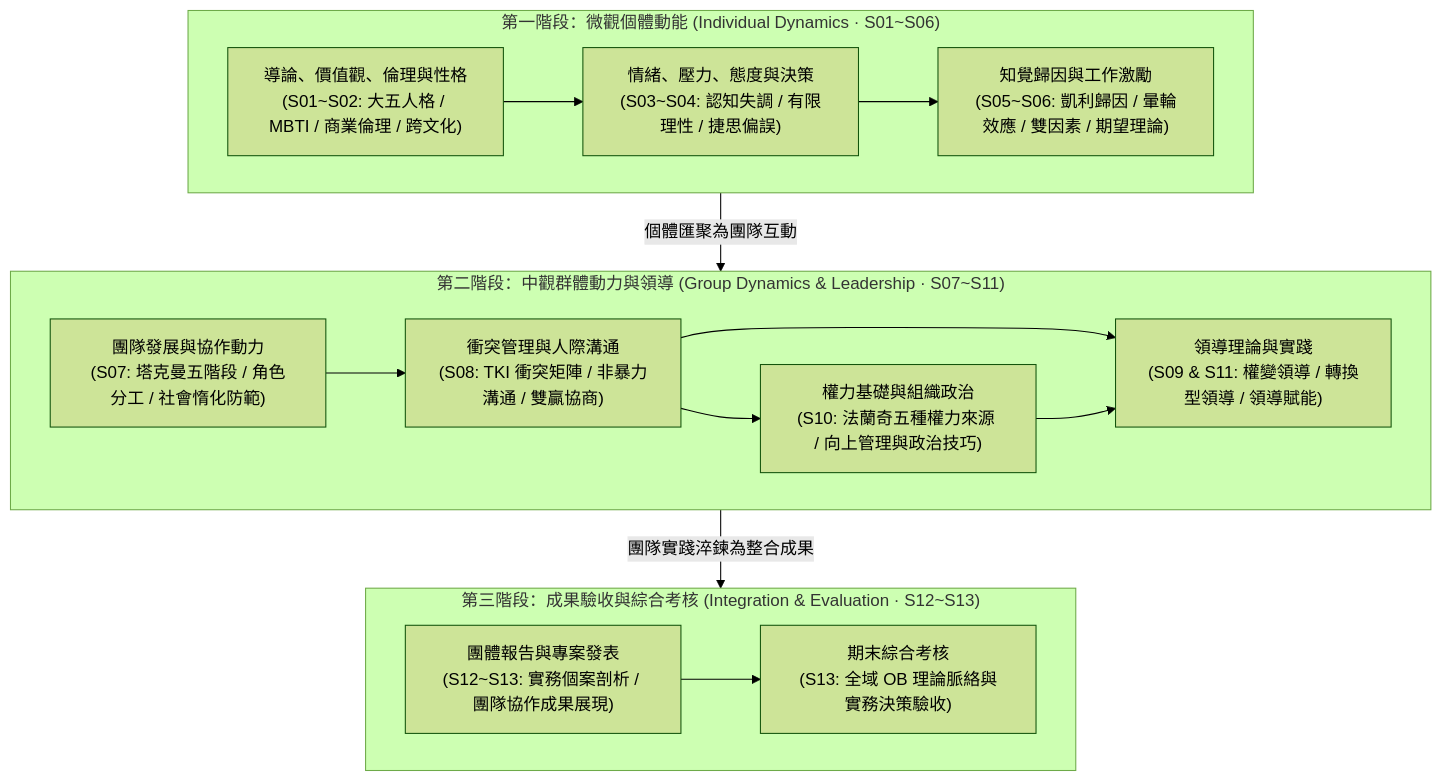
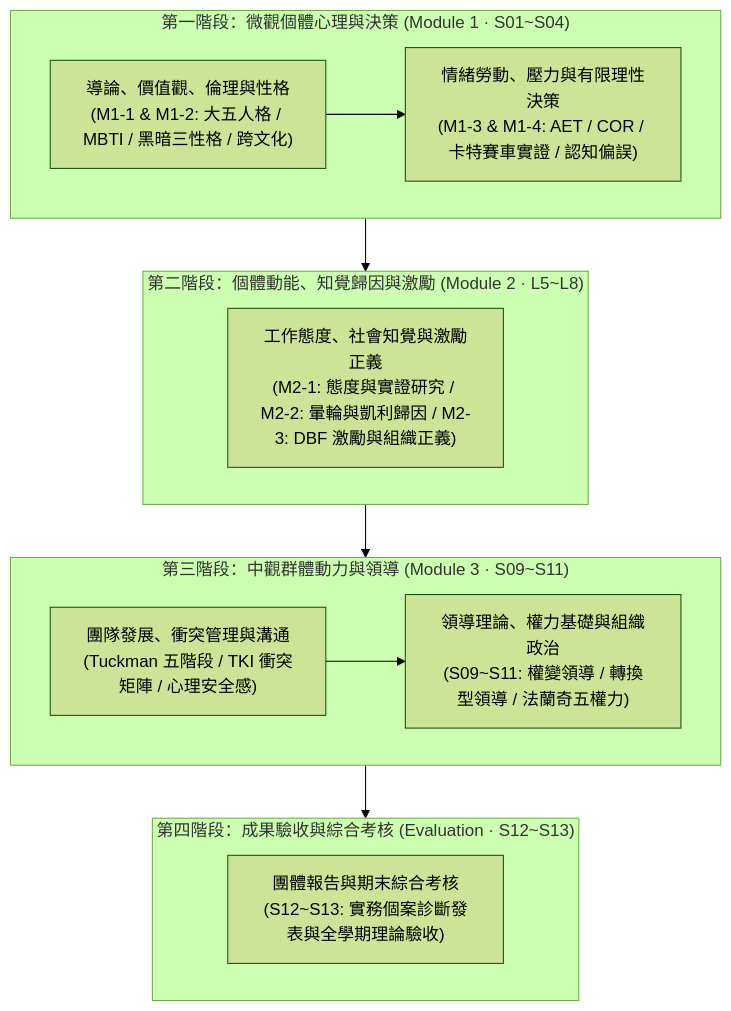
One commit to Jimlin0428/my-digital-garden changed the diagram in src/site/notes/02_核心必修/03_組織行為/_組織行為 MOC.md. Above: the diagram before and after it, drawn with Mermaid (forest theme). The commit also changed other lines of this file and 10 other files, not shown here.

````diff
--- a/src/site/notes/02_核心必修/03_組織行為/_組織行為 MOC.md
+++ b/src/site/notes/02_核心必修/03_組織行為/_組織行為 MOC.md
@@ -20,28 +20,24 @@
 ```mermaid
 flowchart TD
-    subgraph L1["第一階段：微觀個體動能 (Individual Dynamics · S01~S06)"]
-        I1["導論、價值觀、倫理與性格<br>(S01~S02: 大五人格 / MBTI / 商業倫理 / 跨文化)"]
-        I2["情緒、壓力、態度與決策<br>(S03~S04: 認知失調 / 有限理性 / 捷思偏誤)"]
-        I3["知覺歸因與工作激勵<br>(S05~S06: 凱利歸因 / 暈輪效應 / 雙因素 / 期望理論)"]
-        I1 --> I2 --> I3
+    subgraph L1["第一階段：微觀個體心理與決策 (Module 1 · S01~S04)"]
+        I1["導論、價值觀、倫理與性格<br>(M1-1 & M1-2: 大五人格 / MBTI / 黑暗三性格 / 跨文化)"]
+        I2["情緒勞動、壓力與有限理性決策<br>(M1-3 & M1-4: AET / COR / 卡特賽車實證 / 認知偏誤)"]
+        I1 --> I2
     end
 
-    subgraph L2["第二階段：中觀群體動力與領導 (Group Dynamics & Leadership · S07~S11)"]
-        G1["團隊發展與協作動力<br>(S07: 塔克曼五階段 / 角色分工 / 社會惰化防範)"]
-        G2["衝突管理與人際溝通<br>(S08: TKI 衝突矩陣 / 非暴力溝通 / 雙贏協商)"]
-        G3["領導理論與實踐<br>(S09 & S11: 權變領導 / 轉換型領導 / 領導賦能)"]
-        G4["權力基礎與組織政治<br>(S10: 法蘭奇五種權力來源 / 向上管理與政治技巧)"]
-        G1 --> G2 --> G3
-        G2 --> G4
-        G4 --> G3
+    subgraph L2["第二階段：個體動能、知覺歸因與激勵 (Module 2 · L5~L8)"]
+        M2["工作態度、社會知覺與激勵正義<br>(M2-1: 態度與實證研究 / M2-2: 暈輪與凱利歸因 / M2-3: DBF 激勵與組織正義)"]
     end
 
-    subgraph L3["第三階段：成果驗收與綜合考核 (Integration & Evaluation · S12~S13)"]
-        E1["團體報告與專案發表<br>(S12~S13: 實務個案剖析 / 團隊協作成果展現)"]
-        E2["期末綜合考核<br>(S13: 全域 OB 理論脈絡與實務決策驗收)"]
-        E1 --> E2
+    subgraph L3["第三階段：中觀群體動力與領導 (Module 3 · S09~S11)"]
+        G1["團隊發展、衝突管理與溝通<br>(Tuckman 五階段 / TKI 衝突矩陣 / 心理安全感)"]
+        G2["領導理論、權力基礎與組織政治<br>(S09~S11: 權變領導 / 轉換型領導 / 法蘭奇五權力)"]
+        G1 --> G2
     end
 
-    L1 -->|個體匯聚為團隊互動| L2
-    L2 -->|團隊實踐淬鍊為整合成果| L3
+    subgraph L4["第四階段：成果驗收與綜合考核 (Evaluation · S12~S13)"]
+        E1["團體報告與期末綜合考核<br>(S12~S13: 實務個案診斷發表與全學期理論驗收)"]
+    end
+
+    L1 --> L2 --> L3 --> L4
 ```
````
